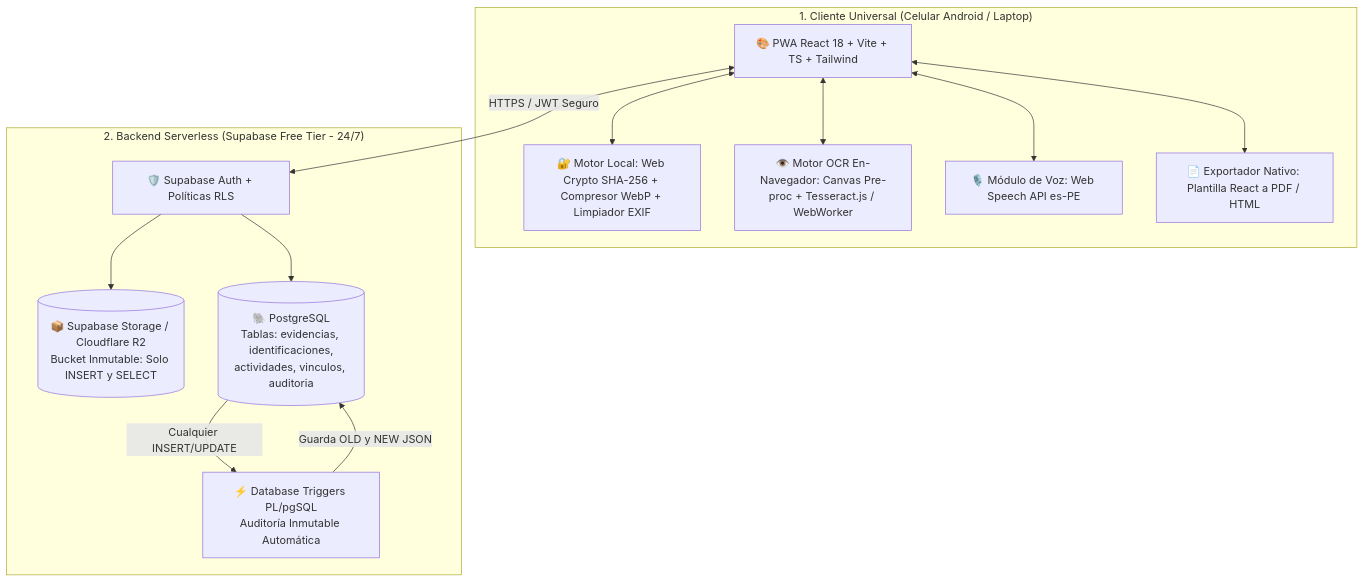
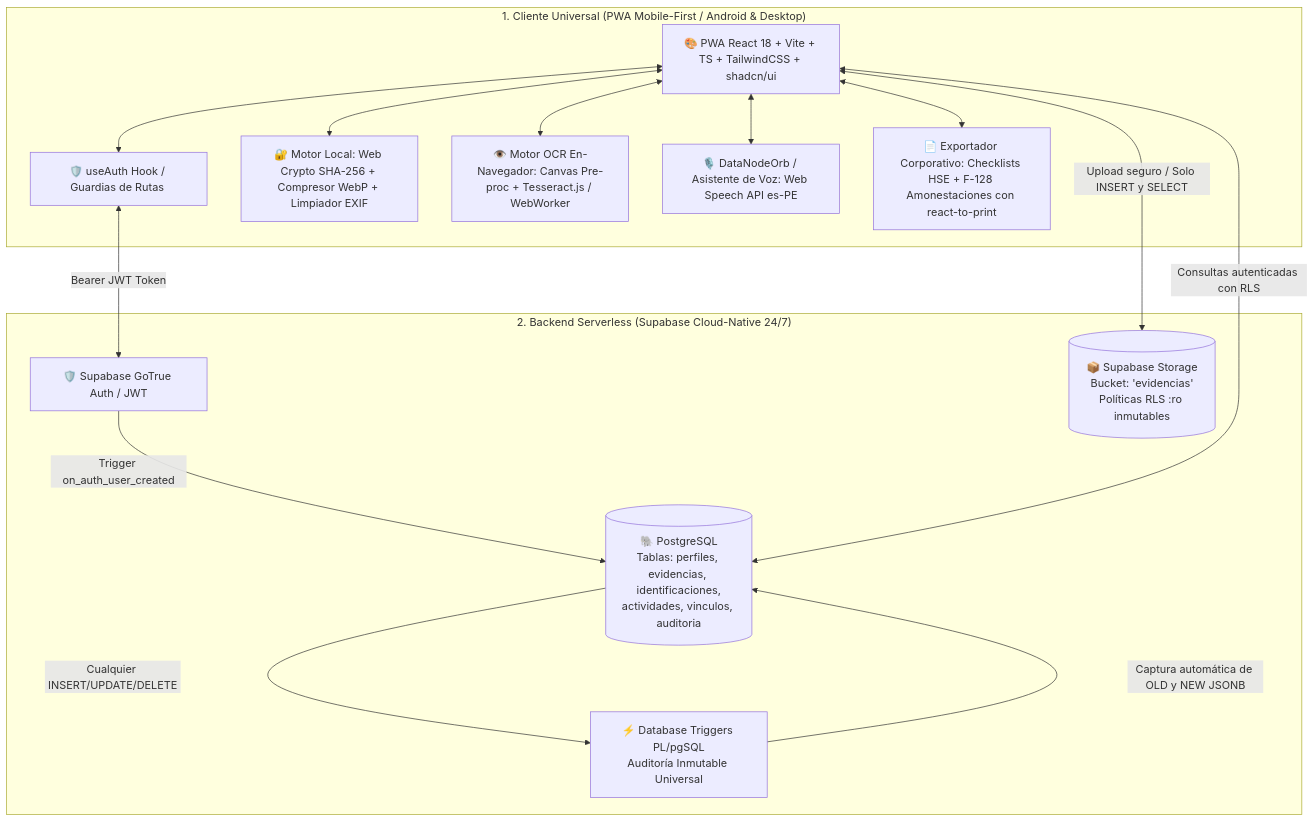
One commit to Tiburonchin/ELIS_5.vs2.2 changed the first of 5 diagrams in ARQUITECTURA_Y_ESPECIFICACION_MODERNA.md. Above: the diagram before and after it, drawn with Mermaid. The commit also changed other lines of this file and 25 other files, not shown here.

Commit message:
feat(modulo-8): implementar servicios auth, useAuth y refactorización rls

````diff
--- a/ARQUITECTURA_Y_ESPECIFICACION_MODERNA.md
+++ b/ARQUITECTURA_Y_ESPECIFICACION_MODERNA.md
@@ -29,29 +31,32 @@
 ```mermaid
 flowchart TD
-    subgraph Cliente["1. Cliente Universal (Celular Android / Laptop)"]
-        UI[🎨 PWA React 18 + Vite + TS + Tailwind]
+    subgraph Cliente["1. Cliente Universal (PWA Mobile-First / Android & Desktop)"]
+        UI[🎨 PWA React 18 + Vite + TS + TailwindCSS + shadcn/ui]
+        AUTH_CTX[🛡️ useAuth Hook / Guardias de Rutas <ProtectedRoute/>]
         CRYPTO[🔐 Motor Local: Web Crypto SHA-256 + Compresor WebP + Limpiador EXIF]
         OCR_ENGINE[👁️ Motor OCR En-Navegador: Canvas Pre-proc + Tesseract.js / WebWorker]
-        VOICE[🎙️ Módulo de Voz: Web Speech API es-PE]
-        PDF[📄 Exportador Nativo: Plantilla React a PDF / HTML]
+        ORB_VOICE[🎙️ DataNodeOrb / Asistente de Voz: Web Speech API es-PE]
+        PDF[📄 Exportador Corporativo: Checklists HSE + F-128 Amonestaciones con react-to-print]
         
+        UI <--> AUTH_CTX
         UI <--> CRYPTO
         UI <--> OCR_ENGINE
-        UI <--> VOICE
+        UI <--> ORB_VOICE
         UI <--> PDF
     end
 
-    subgraph Nube["2. Backend Serverless (Supabase Free Tier - 24/7)"]
-        AUTH[🛡️ Supabase Auth + Políticas RLS]
-        STORAGE[(📦 Supabase Storage / Cloudflare R2\nBucket Inmutable: Solo INSERT y SELECT)]
-        DB[(🐘 PostgreSQL\nTablas: evidencias, identificaciones,\nactividades, vinculos, auditoria)]
-        TRIGGER[⚡ Database Triggers PL/pgSQL\nAuditoría Inmutable Automática]
+    subgraph Nube["2. Backend Serverless (Supabase Cloud-Native 24/7)"]
+        AUTH[🛡️ Supabase GoTrue Auth / JWT]
+        STORAGE[(📦 Supabase Storage\nBucket: 'evidencias'\nPolíticas RLS :ro inmutables)]
+        DB[(🐘 PostgreSQL\nTablas: perfiles, evidencias, identificaciones,\nactividades, vinculos, auditoria)]
+        TRIGGER[⚡ Database Triggers PL/pgSQL\nAuditoría Inmutable Universal]
         
-        DB -->|Cualquier INSERT/UPDATE| TRIGGER
-        TRIGGER -->|Guarda OLD y NEW JSON| DB
+        AUTH -->|Trigger on_auth_user_created| DB
+        DB -->|Cualquier INSERT/UPDATE/DELETE| TRIGGER
+        TRIGGER -->|Captura automática de OLD y NEW JSONB| DB
     end
 
-    UI <-->|HTTPS / JWT Seguro| AUTH
-    AUTH --> STORAGE
-    AUTH --> DB
+    AUTH_CTX <-->|Bearer JWT Token| AUTH
+    UI <-->|Consultas autenticadas con RLS| DB
+    UI <-->|Upload seguro / Solo INSERT y SELECT| STORAGE
 ```
````
